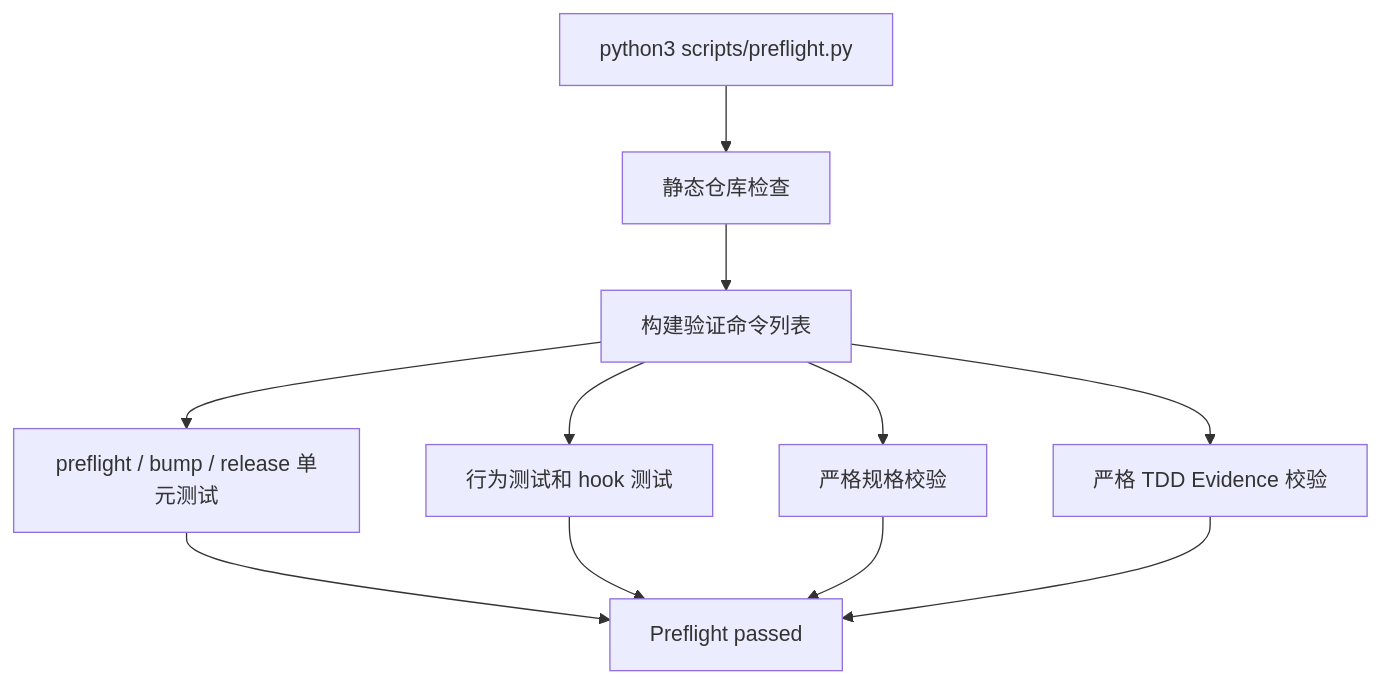
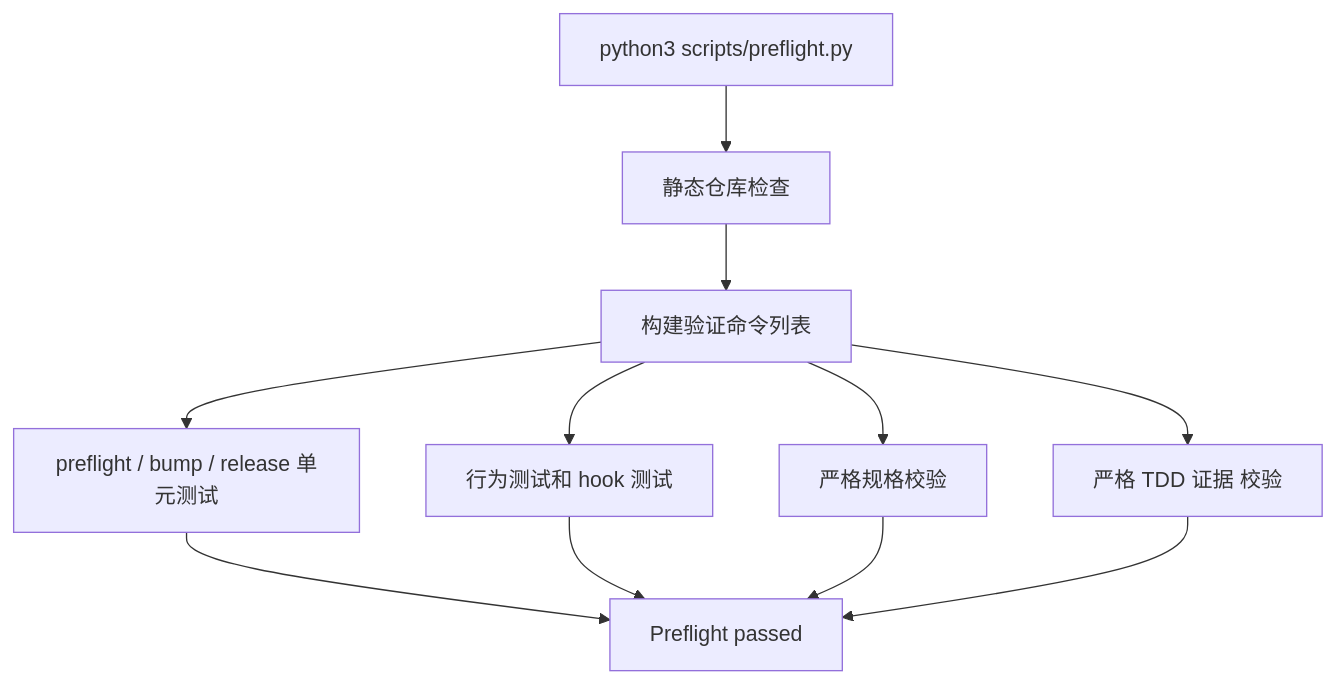
One commit to Vincen-dev/coding-plugins changed the diagram in docs/coding-plugins/features/plugin/preflight/technical/technical-design.md. Above: the diagram before and after it, drawn with Mermaid. The commit also changed other lines of this file and 87 other files, not shown here.

````diff
--- a/docs/coding-plugins/features/plugin/preflight/technical/technical-design.md
+++ b/docs/coding-plugins/features/plugin/preflight/technical/technical-design.md
@@ -91,13 +91,13 @@
 ```mermaid
 flowchart TD
   A["python3 scripts/preflight.py"] --> B["静态仓库检查"]
   B --> C["构建验证命令列表"]
   C --> D["preflight / bump / release 单元测试"]
   C --> E["行为测试和 hook 测试"]
   C --> F["严格规格校验"]
-  C --> G["严格 TDD Evidence 校验"]
+  C --> G["严格 TDD 证据 校验"]
   D --> H["Preflight passed"]
   E --> H
   F --> H
   G --> H
 ```
````
